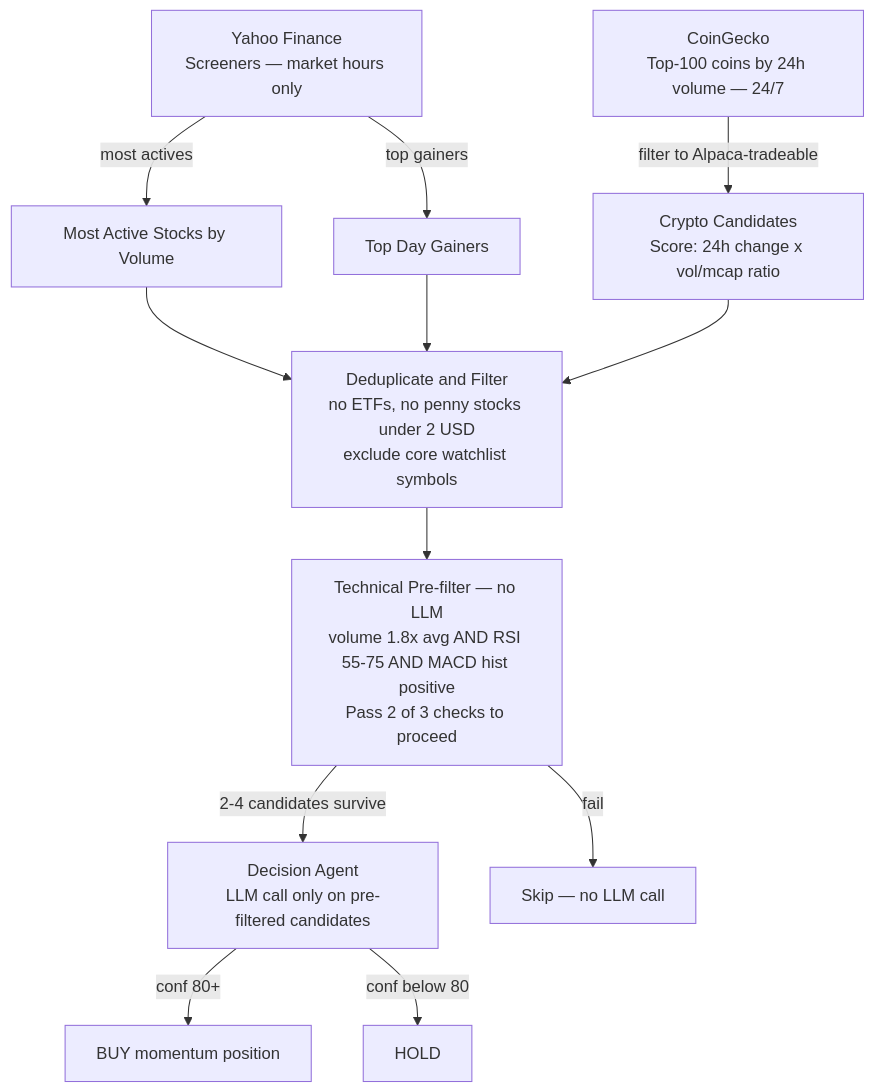
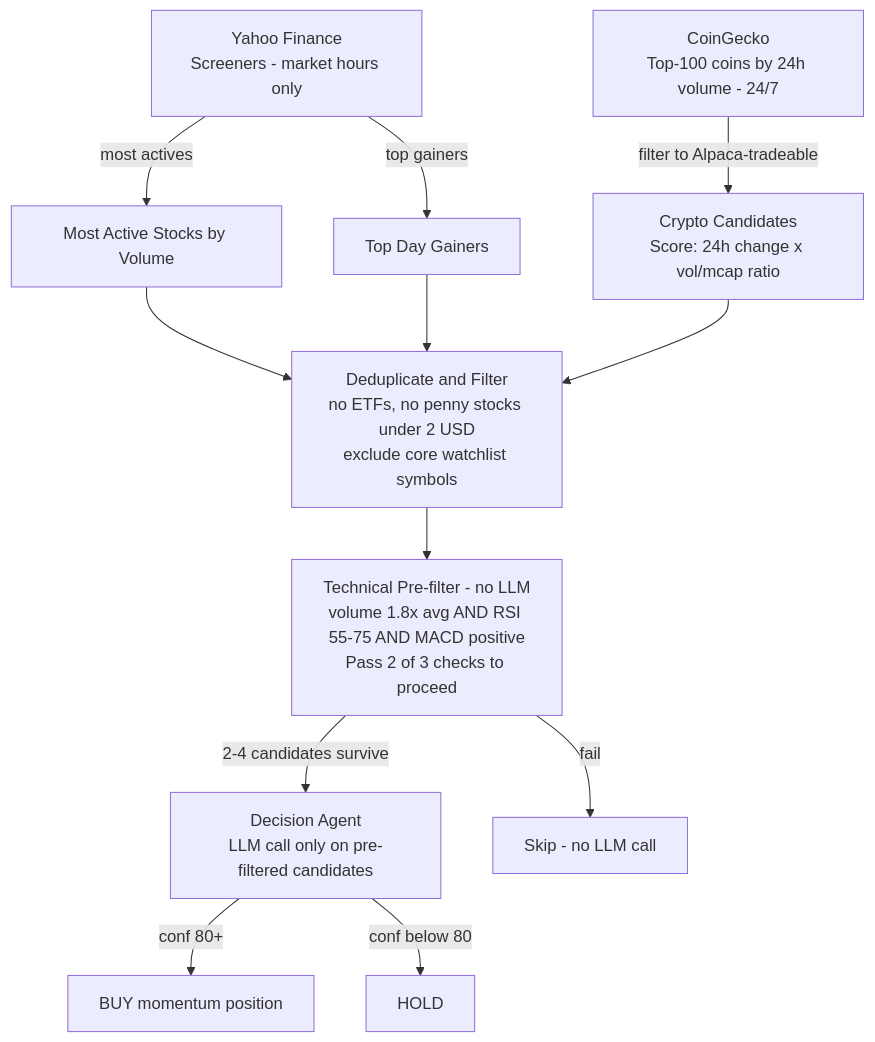
One commit to vanrajbohra-ds/trading-bot changed the fourth of 6 diagrams in README.md. Above: the diagram before and after it, drawn with Mermaid. The commit also changed other lines of this file, not shown here.

First line of the commit message:
Fix all Mermaid diagrams — remove chars that break GitHub renderer

````diff
--- a/README.md
+++ b/README.md
@@ -82,21 +82,21 @@
 ```mermaid
 flowchart TD
-    YF["Yahoo Finance\nScreeners — market hours only"]
-    CG["CoinGecko\nTop-100 coins by 24h volume — 24/7"]
+    YF["Yahoo Finance\nScreeners - market hours only"]
+    CG["CoinGecko\nTop-100 coins by 24h volume - 24/7"]
 
-    YF -->|"most actives"| SA["Most Active Stocks by Volume"]
-    YF -->|"top gainers"| SB["Top Day Gainers"]
-    CG -->|"filter to Alpaca-tradeable"| CA["Crypto Candidates\nScore: 24h change x vol/mcap ratio"]
+    YF -->|most actives| SA["Most Active Stocks by Volume"]
+    YF -->|top gainers| SB["Top Day Gainers"]
+    CG -->|filter to Alpaca-tradeable| CA["Crypto Candidates\nScore: 24h change x vol/mcap ratio"]
 
     SA --> DEDUP["Deduplicate and Filter\nno ETFs, no penny stocks under 2 USD\nexclude core watchlist symbols"]
     SB --> DEDUP
     CA --> DEDUP
 
-    DEDUP --> PRE["Technical Pre-filter — no LLM\nvolume 1.8x avg AND RSI 55-75 AND MACD hist positive\nPass 2 of 3 checks to proceed"]
+    DEDUP --> PRE["Technical Pre-filter - no LLM\nvolume 1.8x avg AND RSI 55-75 AND MACD positive\nPass 2 of 3 checks to proceed"]
 
-    PRE -->|"2-4 candidates survive"| LLM["Decision Agent\nLLM call only on pre-filtered candidates"]
-    PRE -->|"fail"| SKIP["Skip — no LLM call"]
+    PRE -->|2-4 candidates survive| LLM["Decision Agent\nLLM call only on pre-filtered candidates"]
+    PRE -->|fail| SKIP["Skip - no LLM call"]
 
-    LLM -->|"conf 80+"| BUY["BUY momentum position"]
-    LLM -->|"conf below 80"| HOLD["HOLD"]
+    LLM -->|conf 80+| BUY["BUY momentum position"]
+    LLM -->|conf below 80| HOLD["HOLD"]
 ```
````
